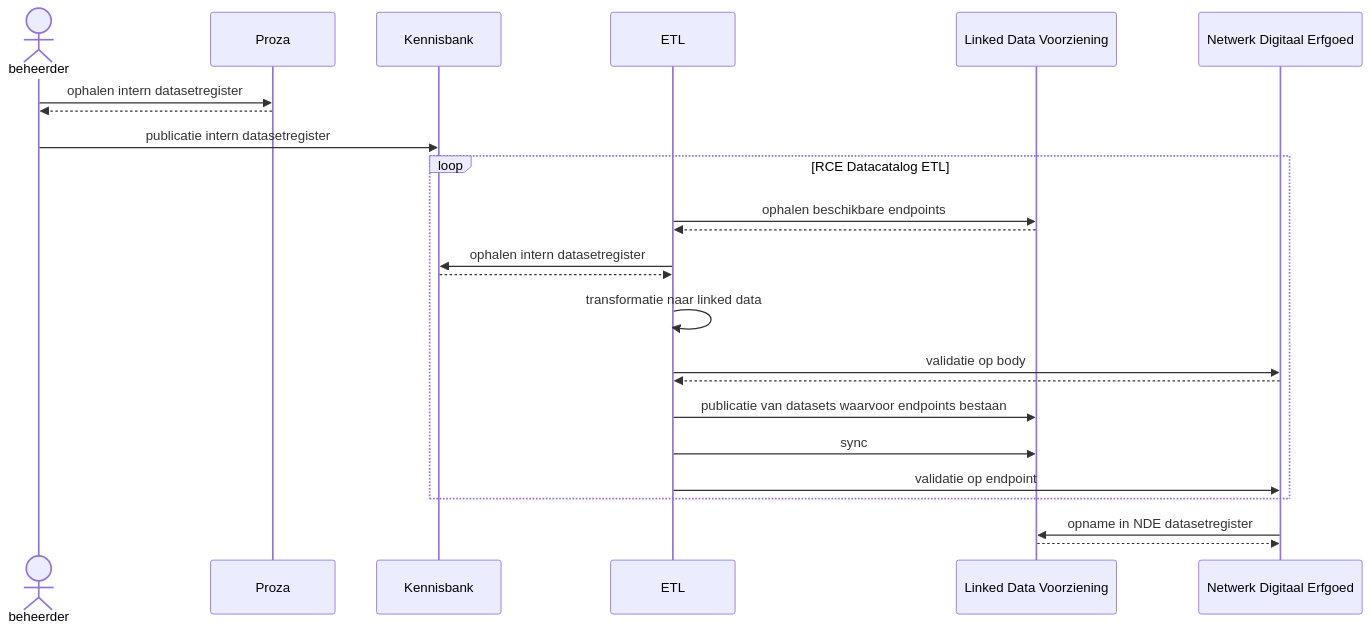
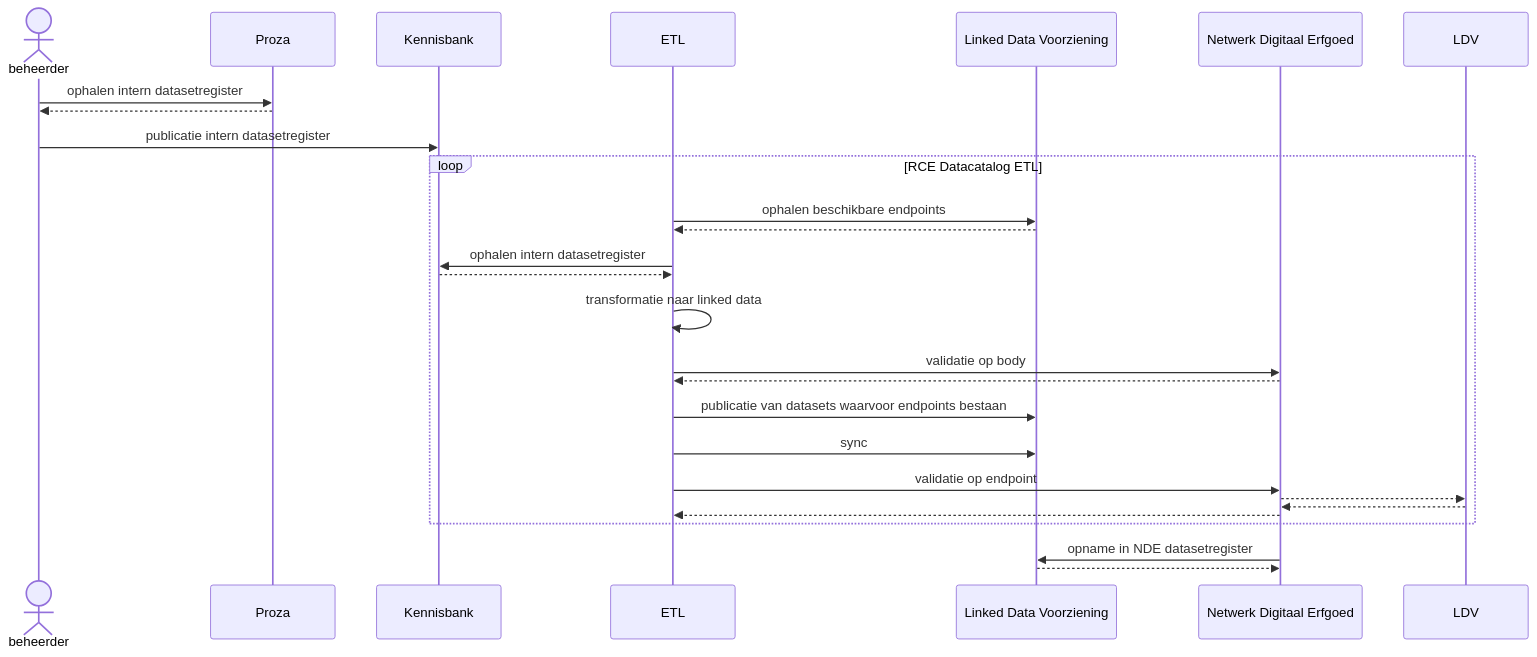
Before and after one commit to cultureelerfgoed/datacatalog-etl: the diagram in README.md, drawn with Mermaid.

````diff
--- a/README.md
+++ b/README.md
@@ -12,27 +12,30 @@
 ```mermaid
 sequenceDiagram;
     actor beheerder
     participant Proza 
     participant Kennisbank
     participant ETL
     participant Linked Data Voorziening
     participant Netwerk Digitaal Erfgoed
     
     beheerder->>Proza:ophalen intern datasetregister
     Proza-->>beheerder:
     beheerder->>Kennisbank:publicatie intern datasetregister
     loop RCE Datacatalog ETL
         ETL->>Linked Data Voorziening:ophalen beschikbare endpoints
         Linked Data Voorziening-->>ETL:
         ETL->>Kennisbank:ophalen intern datasetregister
         Kennisbank-->>ETL:
         ETL->>ETL:transformatie naar linked data
         ETL->>Netwerk Digitaal Erfgoed:validatie op body
         Netwerk Digitaal Erfgoed-->>ETL:
         ETL->>Linked Data Voorziening:publicatie van datasets waarvoor endpoints bestaan
         ETL->>Linked Data Voorziening:sync
         ETL->>Netwerk Digitaal Erfgoed:validatie op endpoint
+        Netwerk Digitaal Erfgoed-->>LDV:
+        LDV-->>Netwerk Digitaal Erfgoed:
+        Netwerk Digitaal Erfgoed-->>ETL:
     end
     Netwerk Digitaal Erfgoed->>Linked Data Voorziening:opname in NDE datasetregister
     Linked Data Voorziening-->>Netwerk Digitaal Erfgoed:
 ```
````
